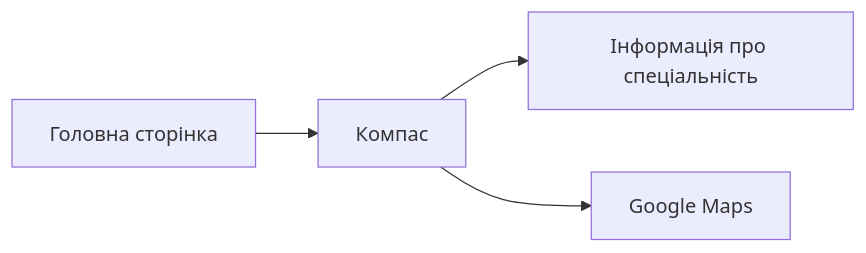
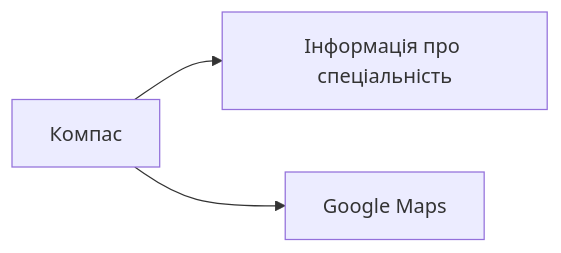
Before and after one commit to TeslenkoPavlo/SE-practice: the first of 2 diagrams in README.md, drawn with Mermaid.

````diff
--- a/README.md
+++ b/README.md
@@ -10,6 +10,6 @@
 ```mermaid
 graph LR
-    A[Головна сторінка] --> B[Компас]
+    B[Компас]
     B --> C[Інформація про спеціальність]
     B --> D[Google Maps]
 ```
````
